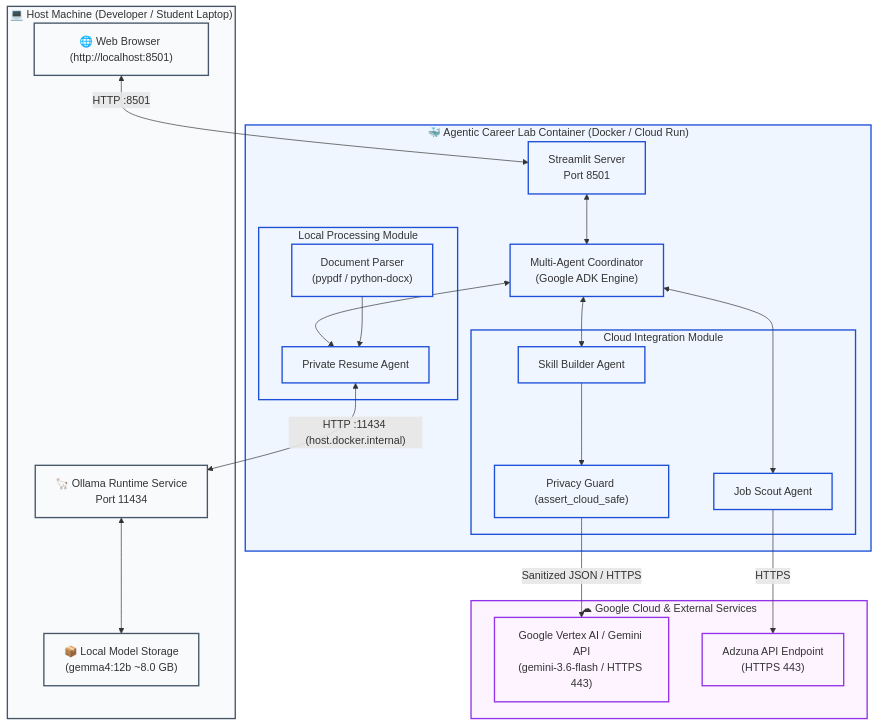
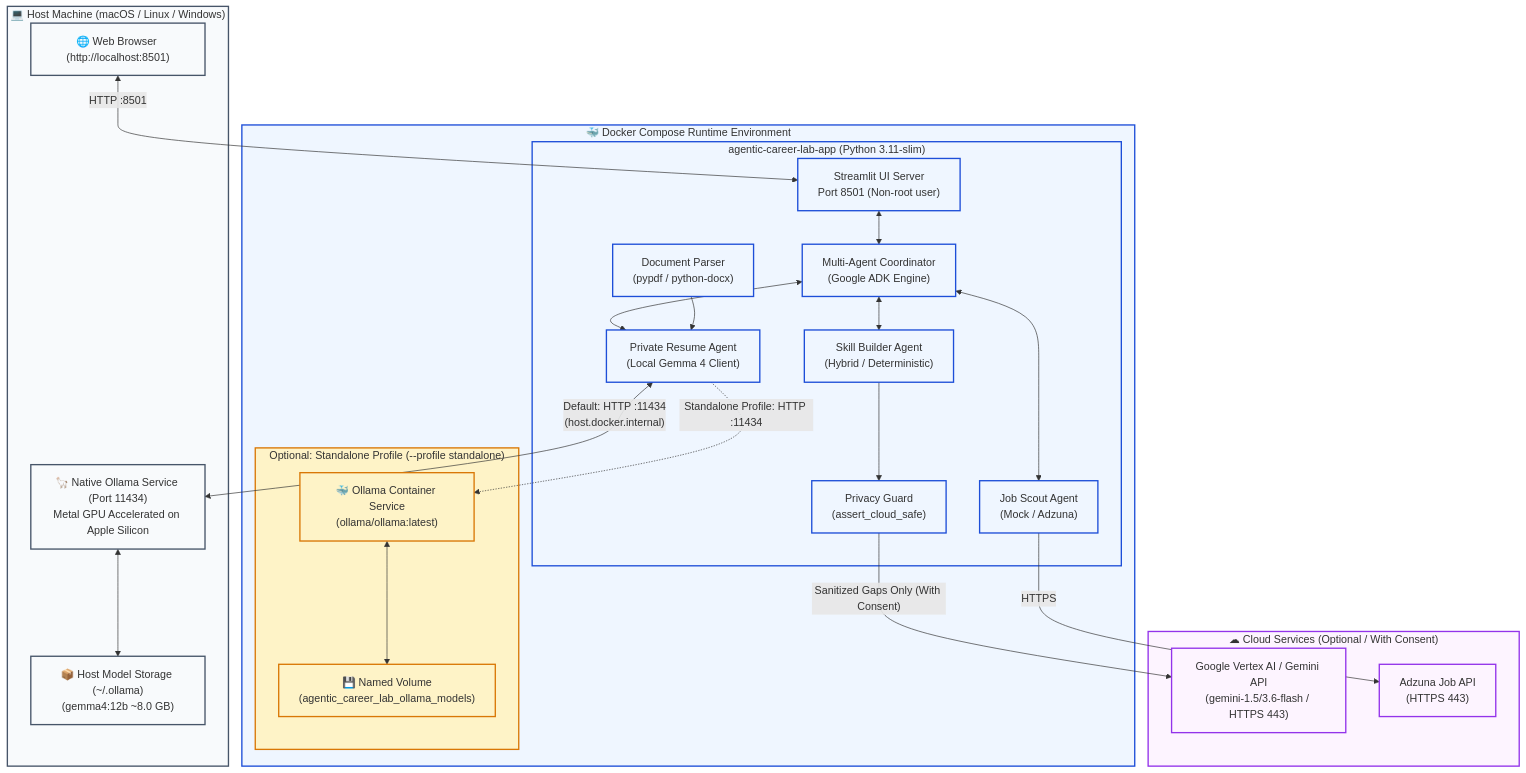
The diagram in docs/diagrams/docker-architecture.mmd (hastimal/agentic-career-lab), drawn with Mermaid before and after one commit. The commit also changed 9 other files, not shown here.

```diff
--- a/docs/diagrams/docker-architecture.mmd
+++ b/docs/diagrams/docker-architecture.mmd
@@ -1,49 +1,53 @@
 flowchart TD
-    subgraph Host ["💻 Host Machine (Developer / Student Laptop)"]
+    subgraph Host ["💻 Host Machine (macOS / Linux / Windows)"]
         Browser["🌐 Web Browser (http://localhost:8501)"]
-        OllamaHost["🦙 Ollama Runtime Service<br/>Port 11434"]
-        GemmaWeight["📦 Local Model Storage<br/>(gemma4:12b ~8.0 GB)"]
-        OllamaHost <--> GemmaWeight
+        OllamaNative["🦙 Native Ollama Service (Port 11434)<br/>Metal GPU Accelerated on Apple Silicon"]
+        GemmaNativeStorage["📦 Host Model Storage (~/.ollama)<br/>(gemma4:12b ~8.0 GB)"]
+        OllamaNative <--> GemmaNativeStorage
     end
 
-    subgraph Container ["🐳 Agentic Career Lab Container (Docker / Cloud Run)"]
-        StreamlitServer["Streamlit Server<br/>Port 8501"]
-        CoordEngine["Multi-Agent Coordinator<br/>(Google ADK Engine)"]
+    subgraph DockerCompose ["🐳 Docker Compose Runtime Environment"]
+        subgraph AppContainer ["agentic-career-lab-app (Python 3.11-slim)"]
+            StreamlitServer["Streamlit UI Server<br/>Port 8501 (Non-root user)"]
+            CoordEngine["Multi-Agent Coordinator<br/>(Google ADK Engine)"]
+            ResumeParser["Document Parser<br/>(pypdf / python-docx)"]
+            ResumeAgentEngine["Private Resume Agent<br/>(Local Gemma 4 Client)"]
+            JobScoutEngine["Job Scout Agent<br/>(Mock / Adzuna)"]
+            SkillPlannerEngine["Skill Builder Agent<br/>(Hybrid / Deterministic)"]
+            PrivacyGuardModule["Privacy Guard<br/>(assert_cloud_safe)"]
 
-        subgraph LocalAgents ["Local Processing Module"]
-            ResumeParser["Document Parser<br/>(pypdf / python-docx)"]
-            ResumeAgentEngine["Private Resume Agent"]
+            StreamlitServer <--> CoordEngine
+            CoordEngine <--> ResumeAgentEngine
+            CoordEngine <--> JobScoutEngine
+            CoordEngine <--> SkillPlannerEngine
+            ResumeParser --> ResumeAgentEngine
+            SkillPlannerEngine --> PrivacyGuardModule
         end
 
-        subgraph CloudAgents ["Cloud Integration Module"]
-            JobScoutEngine["Job Scout Agent"]
-            SkillPlannerEngine["Skill Builder Agent"]
-            PrivacyGuardModule["Privacy Guard (assert_cloud_safe)"]
+        subgraph StandaloneProfile ["Optional: Standalone Profile (--profile standalone)"]
+            OllamaContainer["🐳 Ollama Container Service<br/>(ollama/ollama:latest)"]
+            OllamaVolume["💾 Named Volume<br/>(agentic_career_lab_ollama_models)"]
+            OllamaContainer <--> OllamaVolume
         end
-
-        StreamlitServer <--> CoordEngine
-        CoordEngine <--> ResumeAgentEngine
-        CoordEngine <--> JobScoutEngine
-        CoordEngine <--> SkillPlannerEngine
-        ResumeParser --> ResumeAgentEngine
-        SkillPlannerEngine --> PrivacyGuardModule
     end
 
-    subgraph ExternalCloud ["☁ Google Cloud & External Services"]
-        VertexAI["Google Vertex AI / Gemini API<br/>(gemini-3.6-flash / HTTPS 443)"]
-        AdzunaEndpoint["Adzuna API Endpoint<br/>(HTTPS 443)"]
+    subgraph ExternalCloud ["☁ Cloud Services (Optional / With Consent)"]
+        VertexAI["Google Vertex AI / Gemini API<br/>(gemini-1.5/3.6-flash / HTTPS 443)"]
+        AdzunaEndpoint["Adzuna Job API<br/>(HTTPS 443)"]
     end
 
     Browser <-->|"HTTP :8501"| StreamlitServer
-    ResumeAgentEngine <-->|"HTTP :11434 (host.docker.internal)"| OllamaHost
-    PrivacyGuardModule -->|"Sanitized JSON / HTTPS"| VertexAI
+    ResumeAgentEngine <-->|"Default: HTTP :11434<br/>(host.docker.internal)"| OllamaNative
+    ResumeAgentEngine -.->|"Standalone Profile: HTTP :11434"| OllamaContainer
+    PrivacyGuardModule -->|"Sanitized Gaps Only (With Consent)"| VertexAI
     JobScoutEngine -->|"HTTPS"| AdzunaEndpoint
 
     classDef host fill:#f8fafc,stroke:#475569,stroke-width:2px;
     classDef container fill:#eff6ff,stroke:#1d4ed8,stroke-width:2px;
+    classDef standalone fill:#fef3c7,stroke:#d97706,stroke-width:2px;
     classDef cloud fill:#fdf4ff,stroke:#9333ea,stroke-width:2px;
-    classDef comp fill:#ffffff,stroke:#3b82f6,stroke-width:1px;
 
-    class Host,Browser,OllamaHost,GemmaWeight host;
-    class Container,StreamlitServer,CoordEngine,LocalAgents,CloudAgents,ResumeParser,ResumeAgentEngine,JobScoutEngine,SkillPlannerEngine,PrivacyGuardModule container;
+    class Host,Browser,OllamaNative,GemmaNativeStorage host;
+    class DockerCompose,AppContainer,StreamlitServer,CoordEngine,ResumeParser,ResumeAgentEngine,JobScoutEngine,SkillPlannerEngine,PrivacyGuardModule container;
+    class StandaloneProfile,OllamaContainer,OllamaVolume standalone;
     class ExternalCloud,VertexAI,AdzunaEndpoint cloud;
```
